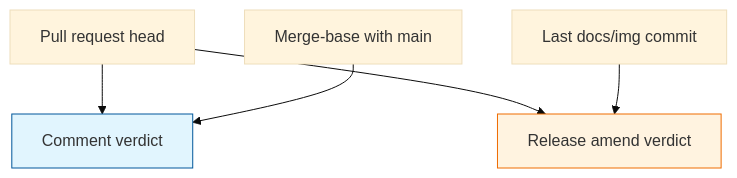
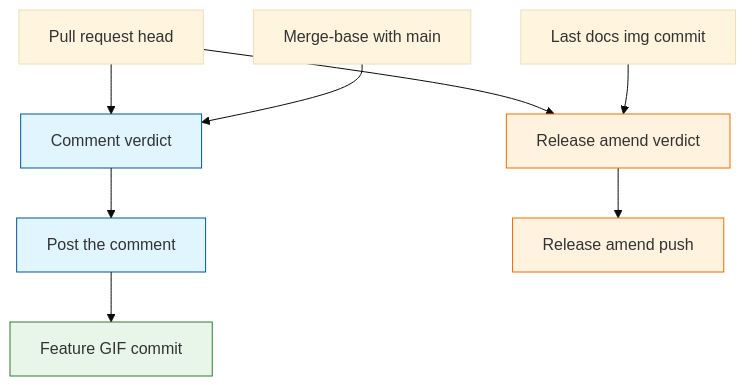
The diagram in memory-bank/active/tasks.md (Texarkanine/inquirerjs-checkbox-search), drawn with Mermaid (base theme) before and after one commit. The commit also changed other lines of this file and 3 other files, not shown here.

````diff
--- a/memory-bank/active/tasks.md
+++ b/memory-bank/active/tasks.md
@@ -15,10 +17,14 @@
 ```mermaid
 graph TD
     classDef comment fill:#e1f5fe,stroke:#01579b
     classDef amend fill:#fff3e0,stroke:#ef6c00
+    classDef push fill:#e8f5e9,stroke:#2e7d32
 
-    Head["Pull request head"] --> Comment["Comment verdict"]:::comment
-    MergeBase["Merge-base with main"] --> Comment
-    Head --> Amend["Release amend verdict"]:::amend
-    GifCommit["Last docs/img commit"] --> Amend
+    Head[Pull request head] --> Comment[Comment verdict]:::comment
+    MergeBase[Merge-base with main] --> Comment
+    Comment --> Post[Post the comment]:::comment
+    Post --> FeaturePush[Feature GIF commit]:::push
+    Head --> Amend[Release amend verdict]:::amend
+    GifCommit[Last docs img commit] --> Amend
+    Amend --> ReleasePush[Release amend push]:::amend
 ```
````
